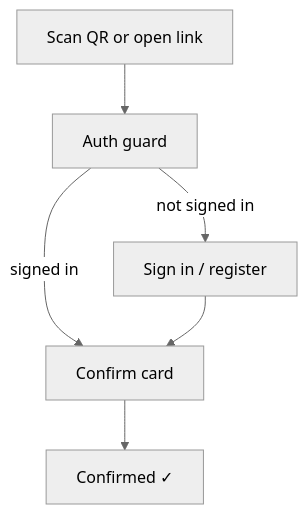
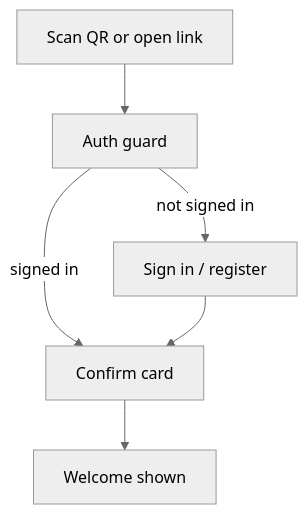
The diagram in design/functionalities/check_in.md (misu-tmc/misu), drawn with Mermaid (neutral theme) before and after one commit. The commit also changed other lines of this file and 3 other files, not shown here.

````diff
--- a/design/functionalities/check_in.md
+++ b/design/functionalities/check_in.md
@@ -20,8 +20,8 @@
 ```mermaid
 flowchart TD
     Q[Scan QR or open link] --> A[Auth guard]
     A -->|signed in| R[Confirm card]
     A -->|not signed in| S[Sign in / register]
     S --> R
-    R --> DONE[Confirmed ✓]
+    R --> DONE[Welcome shown]
 ```
````
